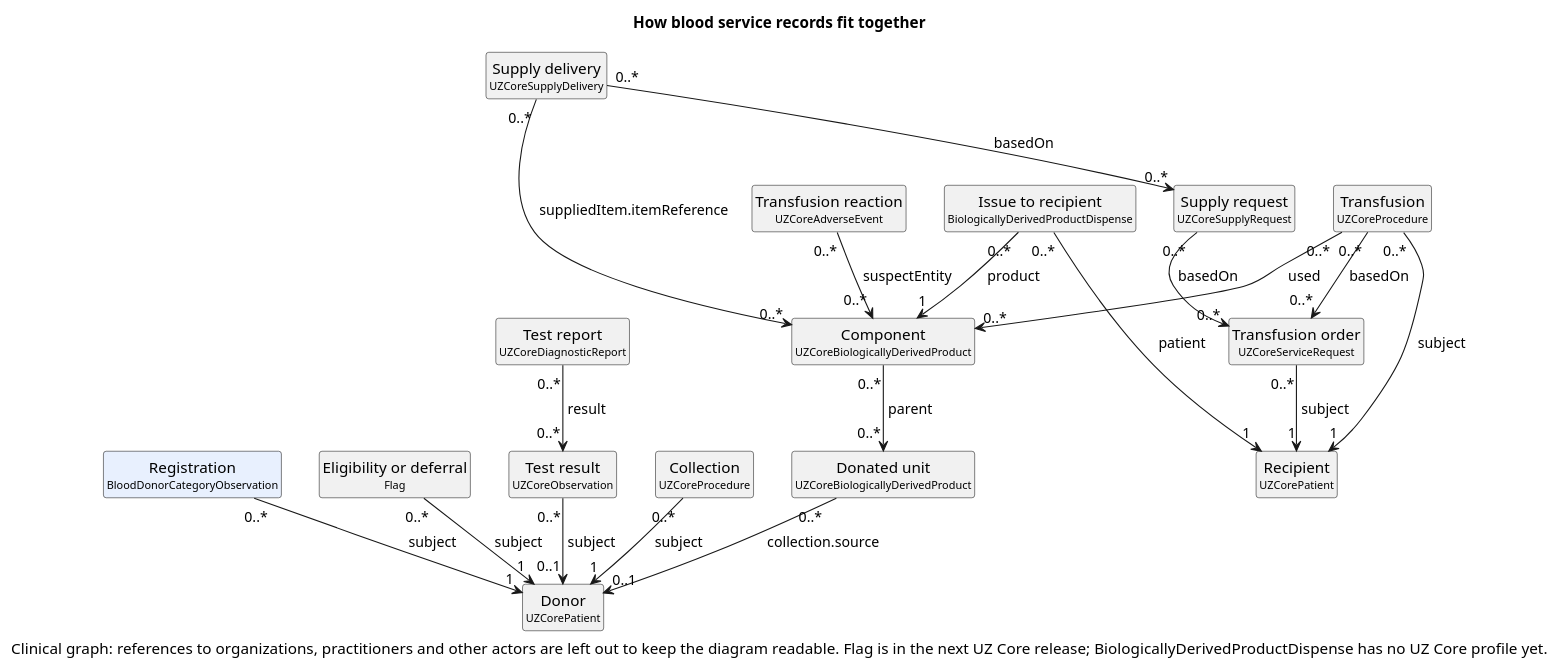
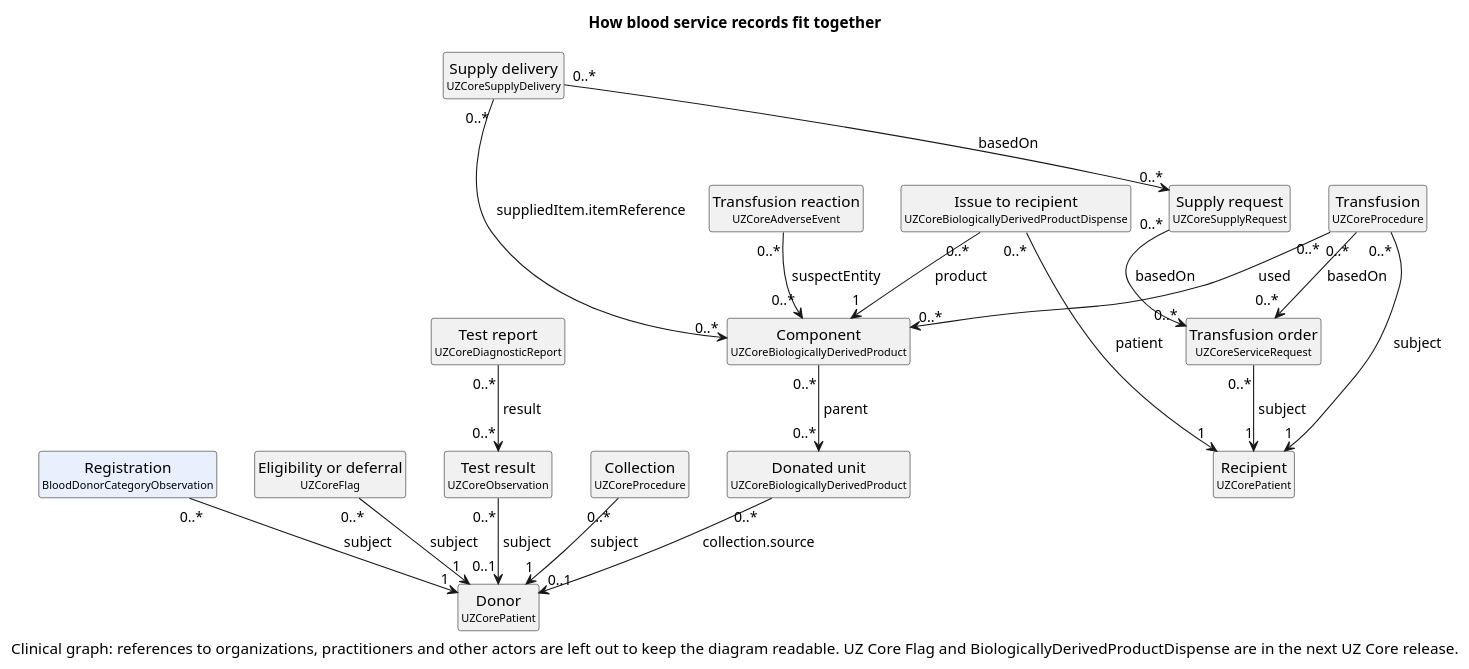
Before and after one commit to uzinfocom-org/digital-health-integration: the diagram in input/images-source/blood-management-model-en.plantuml, drawn with PlantUML. The commit also changed 5 other files, not shown here.

Commit message:
blood management: next-release Dispense, align table headers

```diff
--- a/input/images-source/blood-management-model-en.plantuml
+++ b/input/images-source/blood-management-model-en.plantuml
@@ -1,42 +1,42 @@
 @startuml blood-management-model-en
 hide circle
 hide empty members
 title How blood service records fit together
 
 class "Donor\n<size:10>UZCorePatient</size>" as Donor [[https://dhp.uz/fhir/core/en/StructureDefinition-uz-core-patient.html{Open UZCorePatient}]]
 class "Recipient\n<size:10>UZCorePatient</size>" as Recipient [[https://dhp.uz/fhir/core/en/StructureDefinition-uz-core-patient.html{Open UZCorePatient}]]
 class "Registration\n<size:10>BloodDonorCategoryObservation</size>" as Reg [[StructureDefinition-blood-donor-category-observation.html{Open BloodDonorCategoryObservation}]] #E8F0FE
-class "Eligibility or deferral\n<size:10>Flag</size>" as Flag
+class "Eligibility or deferral\n<size:10>UZCoreFlag</size>" as Flag
 class "Test result\n<size:10>UZCoreObservation</size>" as Test [[https://dhp.uz/fhir/core/en/StructureDefinition-uz-core-observation.html{Open UZCoreObservation}]]
 class "Test report\n<size:10>UZCoreDiagnosticReport</size>" as Report [[https://dhp.uz/fhir/core/en/StructureDefinition-uz-core-diagnostic-report.html{Open UZCoreDiagnosticReport}]]
 class "Collection\n<size:10>UZCoreProcedure</size>" as Coll [[https://dhp.uz/fhir/core/en/StructureDefinition-uz-core-procedure.html{Open UZCoreProcedure}]]
 class "Donated unit\n<size:10>UZCoreBiologicallyDerivedProduct</size>" as Unit [[https://dhp.uz/fhir/core/en/StructureDefinition-uz-core-biologically-derived-product.html{Open UZCoreBiologicallyDerivedProduct}]]
 class "Component\n<size:10>UZCoreBiologicallyDerivedProduct</size>" as Comp [[https://dhp.uz/fhir/core/en/StructureDefinition-uz-core-biologically-derived-product.html{Open UZCoreBiologicallyDerivedProduct}]]
 class "Transfusion order\n<size:10>UZCoreServiceRequest</size>" as Order [[https://dhp.uz/fhir/core/en/StructureDefinition-uz-core-servicerequest.html{Open UZCoreServiceRequest}]]
 class "Supply request\n<size:10>UZCoreSupplyRequest</size>" as SReq [[https://dhp.uz/fhir/core/en/StructureDefinition-uz-core-supply-request.html{Open UZCoreSupplyRequest}]]
 class "Supply delivery\n<size:10>UZCoreSupplyDelivery</size>" as SDel [[https://dhp.uz/fhir/core/en/StructureDefinition-uz-core-supply-delivery.html{Open UZCoreSupplyDelivery}]]
-class "Issue to recipient\n<size:10>BiologicallyDerivedProductDispense</size>" as Disp [[https://hl7.org/fhir/R5/biologicallyderivedproductdispense.html{Open BiologicallyDerivedProductDispense}]]
+class "Issue to recipient\n<size:10>UZCoreBiologicallyDerivedProductDispense</size>" as Disp
 class "Transfusion\n<size:10>UZCoreProcedure</size>" as Tx [[https://dhp.uz/fhir/core/en/StructureDefinition-uz-core-procedure.html{Open UZCoreProcedure}]]
 class "Transfusion reaction\n<size:10>UZCoreAdverseEvent</size>" as AE [[https://dhp.uz/fhir/core/en/StructureDefinition-uz-core-adverse-event.html{Open UZCoreAdverseEvent}]]
 
 Reg "0..*" --> "1" Donor : « subject »
 Flag "0..*" --> "1" Donor : « subject »
 Test "0..*" --> "0..1" Donor : « subject »
 Report "0..*" --> "0..*" Test : « result »
 Coll "0..*" --> "1" Donor : « subject »
 Unit "0..*" --> "0..1" Donor : « collection.source »
 Comp "0..*" --> "0..*" Unit : « parent »
 Order "0..*" --> "1" Recipient : « subject »
 SReq "0..*" --> "0..*" Order : « basedOn »
 SDel "0..*" --> "0..*" SReq : « basedOn »
 SDel "0..*" --> "0..*" Comp : « suppliedItem.itemReference »
 Disp "0..*" --> "1" Comp : « product »
 Disp "0..*" --> "1" Recipient : « patient »
 Tx "0..*" --> "0..*" Order : « basedOn »
 Tx "0..*" --> "0..*" Comp : « used »
 Tx "0..*" --> "1" Recipient : « subject »
 AE "0..*" --> "0..*" Comp : « suspectEntity »
 
-caption Clinical graph: references to organizations, practitioners and other actors are left out to keep the diagram readable. Flag is in the next UZ Core release; BiologicallyDerivedProductDispense has no UZ Core profile yet.
+caption Clinical graph: references to organizations, practitioners and other actors are left out to keep the diagram readable. UZ Core Flag and BiologicallyDerivedProductDispense are in the next UZ Core release.
 
 @enduml
```
